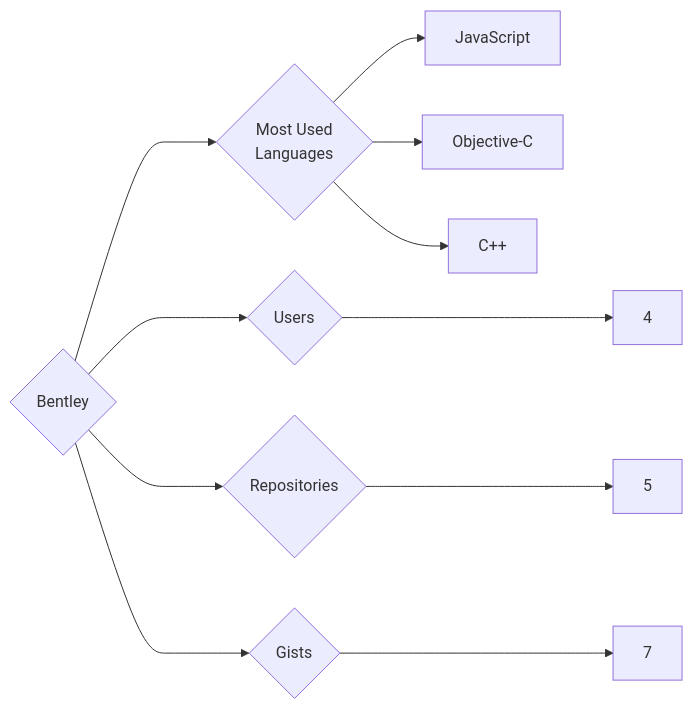
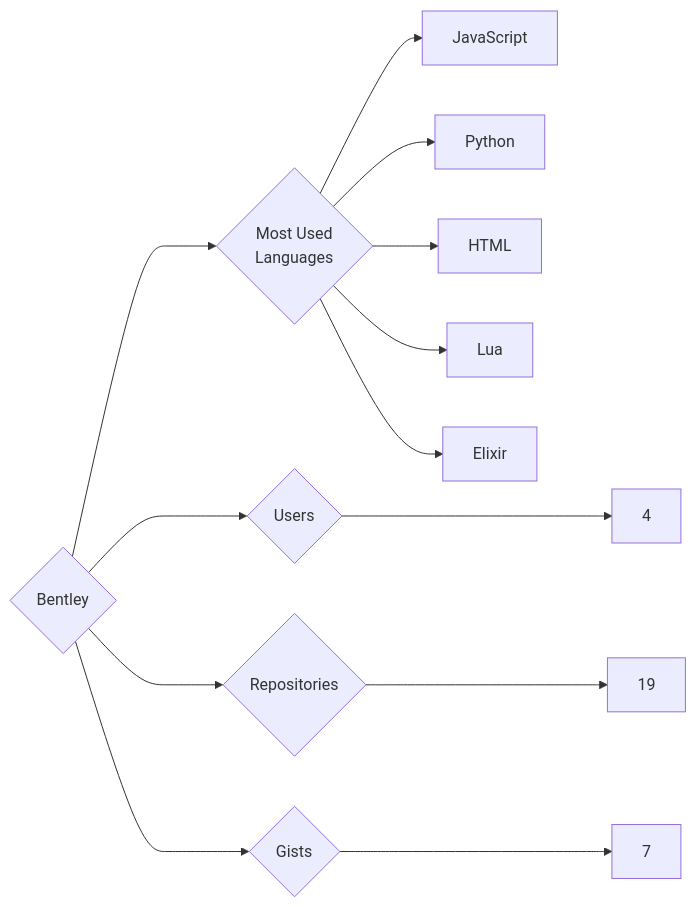
Before and after one commit to trickest/insiders: the diagram in targets/Bentley/README.md, drawn with Mermaid. The commit also changed 1148 other files, not shown here.

````diff
--- a/targets/Bentley/README.md
+++ b/targets/Bentley/README.md
@@ -3,11 +3,13 @@
 ```mermaid
 graph LR
 COMPANY_NAME{Bentley}
 COMPANY_NAME ---> U{Users} ---> UN[4]
-COMPANY_NAME ---> R{Repositories} ---> RN[5]
+COMPANY_NAME ---> R{Repositories} ---> RN[19]
 COMPANY_NAME ---> G{Gists} ---> GN[7]
 COMPANY_NAME ---> ML{Most Used<br>Languages}
 ML --> JavaScript[JavaScript]
-ML --> Objective-C[Objective-C]
-ML --> C++[C++]
+ML --> Python[Python]
+ML --> HTML[HTML]
+ML --> Lua[Lua]
+ML --> Elixir[Elixir]
 ```
````
